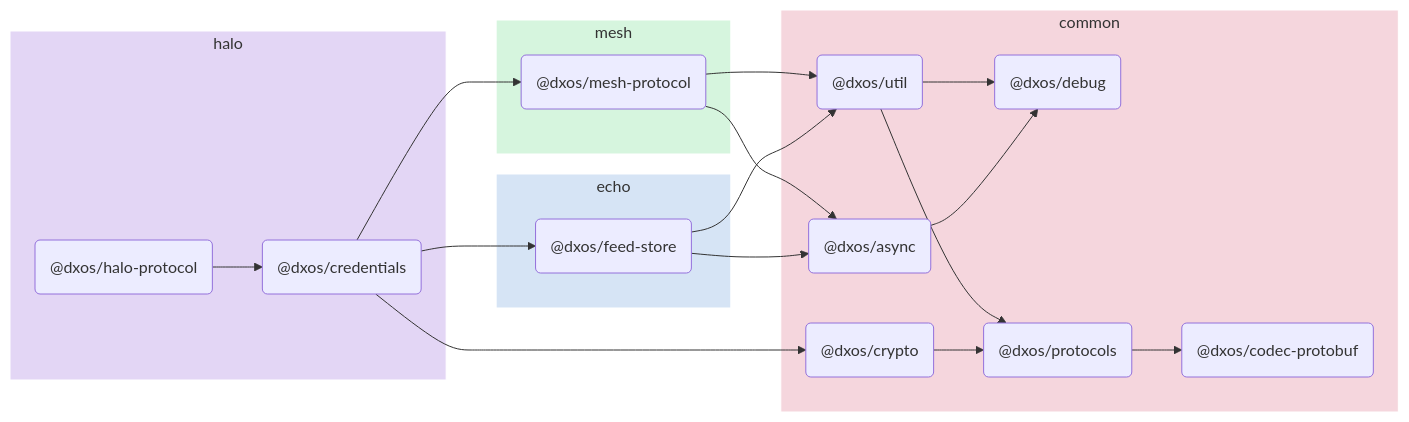
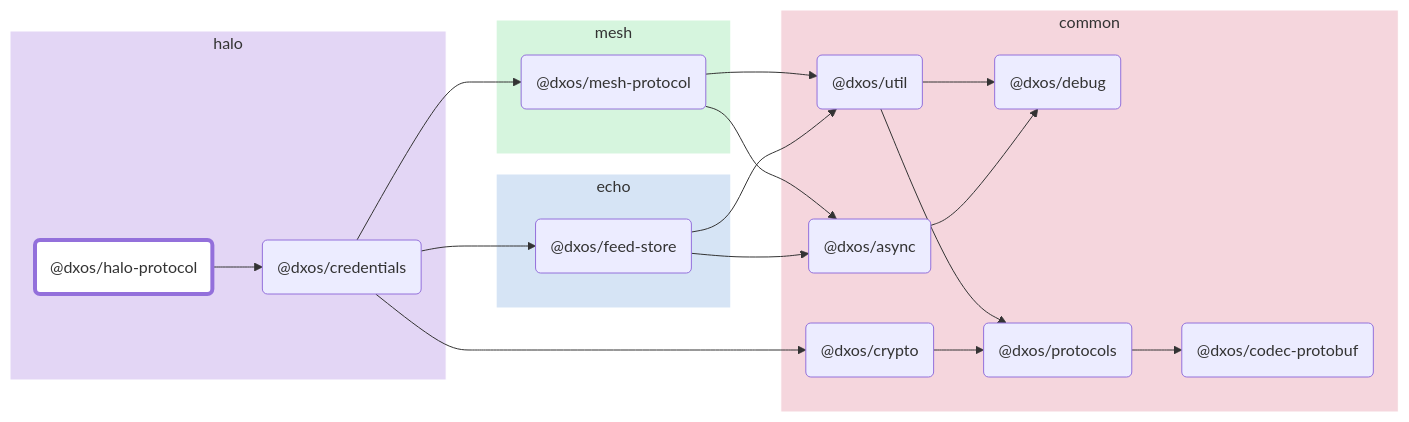
Before and after one commit to dxos/dxos: the diagram in packages/halo/halo-protocol/docs/README.md, drawn with Mermaid. The commit also changed other lines of this file and 88 other files, not shown here.

````diff
--- a/packages/halo/halo-protocol/docs/README.md
+++ b/packages/halo/halo-protocol/docs/README.md
@@ -5,43 +7,55 @@
 ```mermaid
 flowchart LR;
+
+style dxos/halo-protocol fill:#fff,stroke-width:4px;
+
+click dxos/async "https:/github.com/dxos/dxos/tree/main/packages/common/async/docs";
+click dxos/debug "https:/github.com/dxos/dxos/tree/main/packages/common/debug/docs";
+click dxos/codec-protobuf "https:/github.com/dxos/dxos/tree/main/packages/common/codec-protobuf/docs";
+click dxos/credentials "https:/github.com/dxos/dxos/tree/main/packages/halo/credentials/docs";
+click dxos/crypto "https:/github.com/dxos/dxos/tree/main/packages/common/crypto/docs";
+click dxos/feed-store "https:/github.com/dxos/dxos/tree/main/packages/echo/feed-store/docs";
+click dxos/mesh-protocol "https:/github.com/dxos/dxos/tree/main/packages/mesh/mesh-protocol/docs";
+click dxos/protocols "https:/github.com/dxos/dxos/tree/main/packages/common/protocols/docs";
+click dxos/util "https:/github.com/dxos/dxos/tree/main/packages/common/util/docs";
 
 subgraph halo
   style halo fill:#e3d6f5,stroke:#fff;
   dxos/halo-protocol("@dxos/halo-protocol");
   dxos/credentials("@dxos/credentials");
 end
 
 subgraph common
   style common fill:#f5d6dd,stroke:#fff;
   dxos/async("@dxos/async");
   dxos/debug("@dxos/debug");
   dxos/codec-protobuf("@dxos/codec-protobuf");
   dxos/crypto("@dxos/crypto");
   dxos/protocols("@dxos/protocols");
   dxos/util("@dxos/util");
 end
 
 subgraph echo
   style echo fill:#d6e4f5,stroke:#fff;
   dxos/feed-store("@dxos/feed-store");
 end
 
 subgraph mesh
   style mesh fill:#d6f5de,stroke:#fff;
   dxos/mesh-protocol("@dxos/mesh-protocol");
 end
 
 dxos/async --> dxos/debug;
 dxos/halo-protocol --> dxos/credentials;
 dxos/credentials --> dxos/crypto;
 dxos/crypto --> dxos/protocols;
 dxos/protocols --> dxos/codec-protobuf;
 dxos/credentials --> dxos/feed-store;
 dxos/feed-store --> dxos/async;
 dxos/feed-store --> dxos/util;
 dxos/util --> dxos/debug;
 dxos/util --> dxos/protocols;
 dxos/credentials --> dxos/mesh-protocol;
 dxos/mesh-protocol --> dxos/async;
 dxos/mesh-protocol --> dxos/util;
 ```
````
